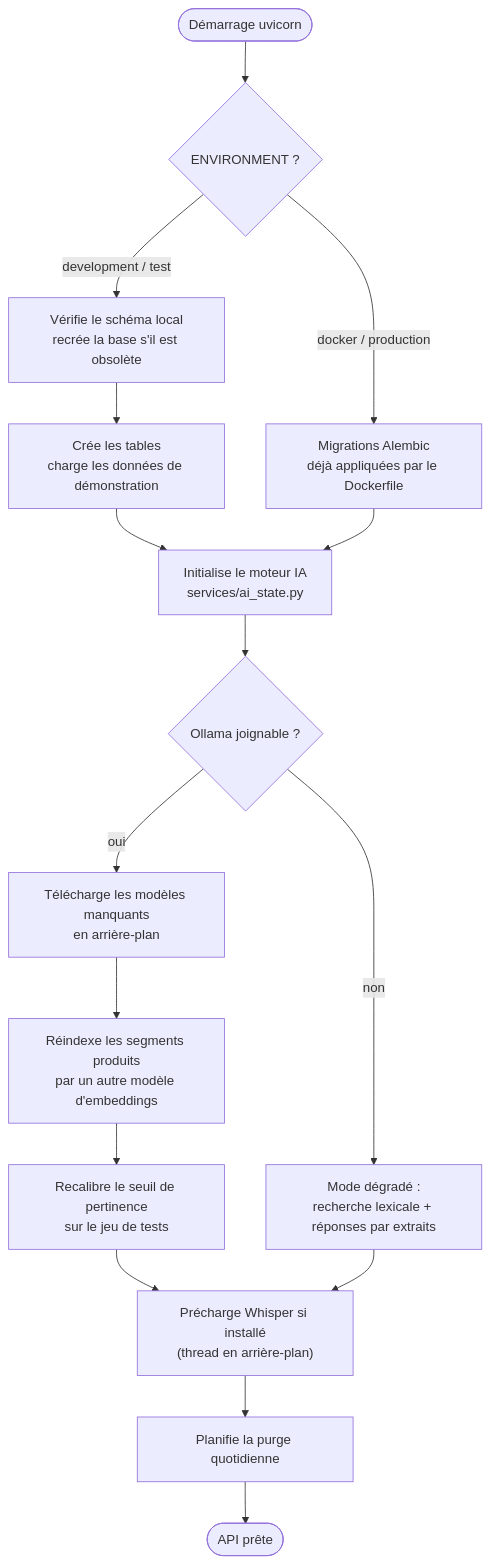
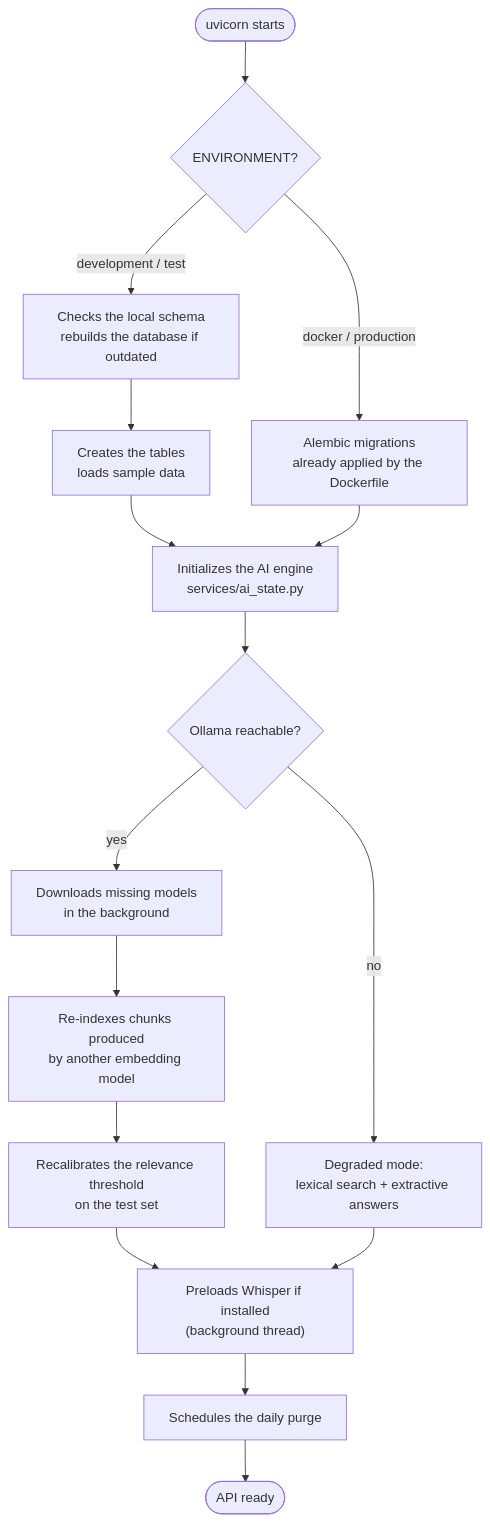
Before and after one commit to Dioumadev221/SUNUSAFEGUARD: the third of 17 diagrams in README.md, drawn with Mermaid. The commit also changed other lines of this file and 1 other file, not shown here.

````diff
--- a/README.md
+++ b/README.md
@@ -175,18 +169,18 @@
 ```mermaid
 flowchart TD
-    A([Démarrage uvicorn]) --> B{ENVIRONMENT ?}
-    B -->|development / test| C["Vérifie le schéma local<br/>recrée la base s'il est obsolète"]
-    C --> D["Crée les tables<br/>charge les données de démonstration"]
-    B -->|docker / production| E["Migrations Alembic<br/>déjà appliquées par le Dockerfile"]
+    A([uvicorn starts]) --> B{ENVIRONMENT?}
+    B -->|development / test| C["Checks the local schema<br/>rebuilds the database if outdated"]
+    C --> D["Creates the tables<br/>loads sample data"]
+    B -->|docker / production| E["Alembic migrations<br/>already applied by the Dockerfile"]
     D --> F
-    E --> F["Initialise le moteur IA<br/>services/ai_state.py"]
-    F --> G{Ollama joignable ?}
-    G -->|oui| H["Télécharge les modèles manquants<br/>en arrière-plan"]
-    H --> I["Réindexe les segments produits<br/>par un autre modèle d'embeddings"]
-    I --> J["Recalibre le seuil de pertinence<br/>sur le jeu de tests"]
-    G -->|non| K["Mode dégradé :<br/>recherche lexicale + réponses par extraits"]
+    E --> F["Initializes the AI engine<br/>services/ai_state.py"]
+    F --> G{Ollama reachable?}
+    G -->|yes| H["Downloads missing models<br/>in the background"]
+    H --> I["Re-indexes chunks produced<br/>by another embedding model"]
+    I --> J["Recalibrates the relevance threshold<br/>on the test set"]
+    G -->|no| K["Degraded mode:<br/>lexical search + extractive answers"]
     J --> L
-    K --> L["Précharge Whisper si installé<br/>(thread en arrière-plan)"]
-    L --> M["Planifie la purge quotidienne"]
-    M --> N([API prête])
+    K --> L["Preloads Whisper if installed<br/>(background thread)"]
+    L --> M["Schedules the daily purge"]
+    M --> N([API ready])
 ```
````
